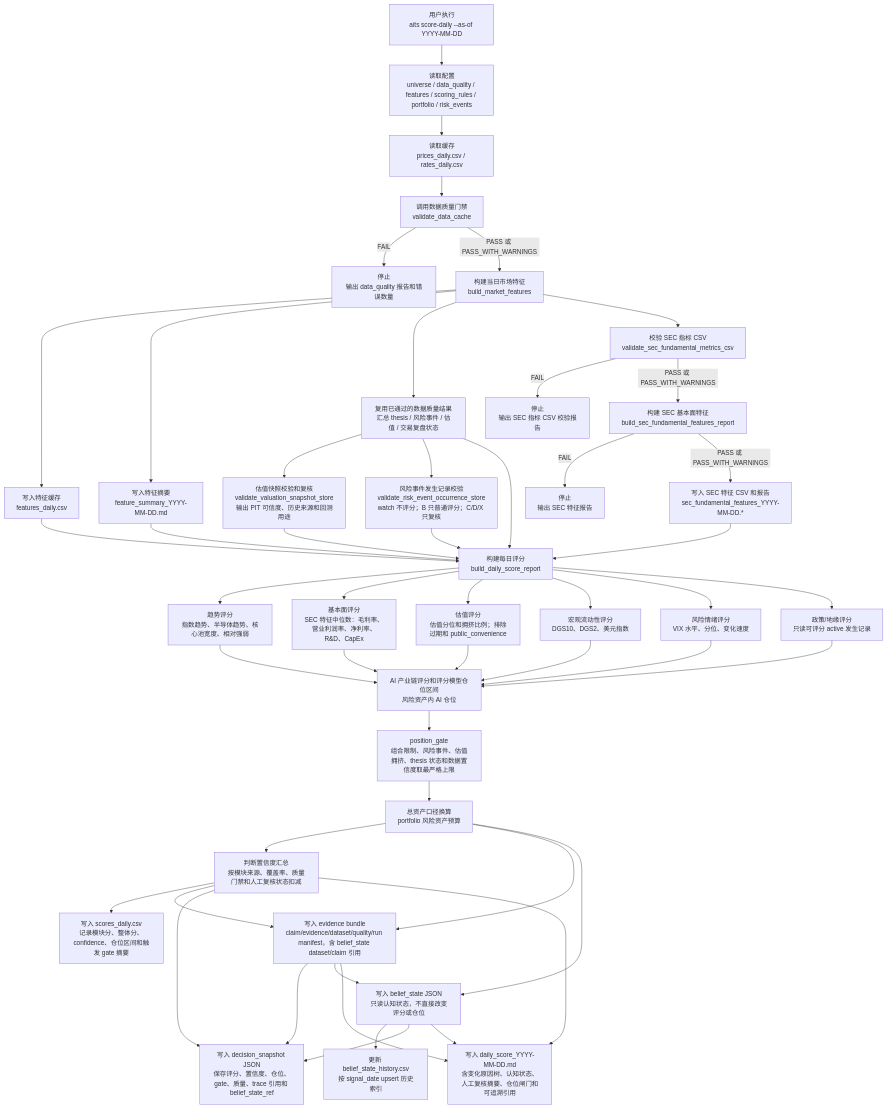
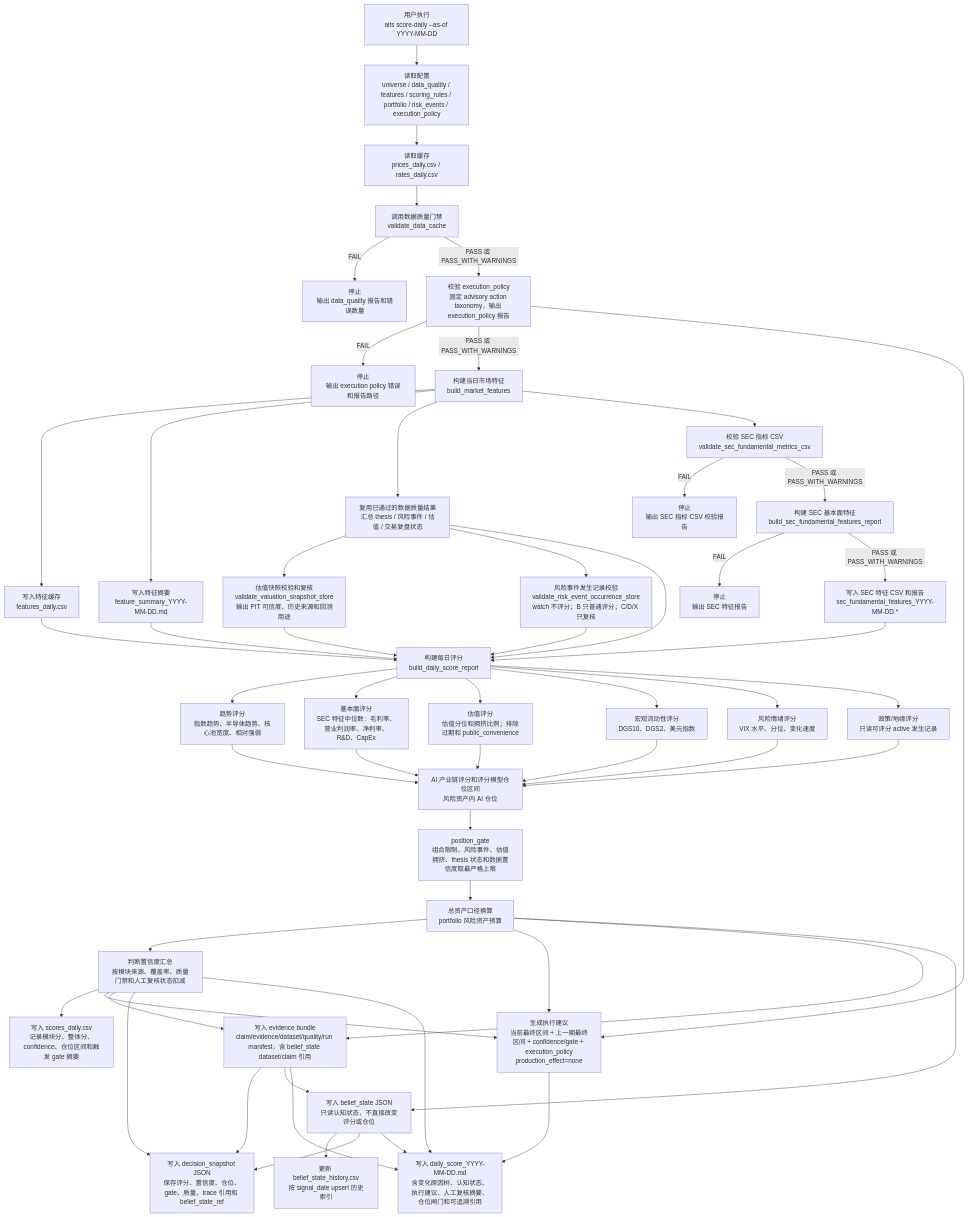
The second of 6 diagrams in docs/system_flow.md (AI-Trading-Collaboration/AITradingSystem), drawn with Mermaid before and after one commit. The commit also changed other lines of this file and 9 other files, not shown here.

Commit message:
Implement execution policy baseline

````diff
--- a/docs/system_flow.md
+++ b/docs/system_flow.md
@@ -485,51 +501,57 @@
 ```mermaid
 flowchart TD
-    A["用户执行<br/>aits score-daily --as-of YYYY-MM-DD"] --> B["读取配置<br/>universe / data_quality / features / scoring_rules / portfolio / risk_events"]
+    A["用户执行<br/>aits score-daily --as-of YYYY-MM-DD"] --> B["读取配置<br/>universe / data_quality / features / scoring_rules / portfolio / risk_events / execution_policy"]
     B --> C["读取缓存<br/>prices_daily.csv / rates_daily.csv"]
     C --> D["调用数据质量门禁<br/>validate_data_cache"]
     D -->|FAIL| E["停止<br/>输出 data_quality 报告和错误数量"]
-    D -->|PASS 或 PASS_WITH_WARNINGS| F["构建当日市场特征<br/>build_market_features"]
+    D -->|PASS 或 PASS_WITH_WARNINGS| EP0["校验 execution_policy<br/>固定 advisory action taxonomy，输出 execution_policy 报告"]
+    EP0 -->|FAIL| EPF["停止<br/>输出 execution policy 错误和报告路径"]
+    EP0 -->|PASS 或 PASS_WITH_WARNINGS| F["构建当日市场特征<br/>build_market_features"]
     F --> G["写入特征缓存<br/>features_daily.csv"]
     F --> H["写入特征摘要<br/>feature_summary_YYYY-MM-DD.md"]
     F --> R["复用已通过的数据质量结果<br/>汇总 thesis / 风险事件 / 估值 / 交易复盘状态"]
     R --> V1["估值快照校验和复核<br/>validate_valuation_snapshot_store<br/>输出 PIT 可信度、历史来源和回测用途"]
     R --> G1["风险事件发生记录校验<br/>validate_risk_event_occurrence_store<br/>watch 不评分；B 只普通评分；C/D/X 只复核"]
     F --> S1["校验 SEC 指标 CSV<br/>validate_sec_fundamental_metrics_csv"]
     S1 -->|FAIL| S2["停止<br/>输出 SEC 指标 CSV 校验报告"]
     S1 -->|PASS 或 PASS_WITH_WARNINGS| S3["构建 SEC 基本面特征<br/>build_sec_fundamental_features_report"]
     S3 -->|FAIL| S4["停止<br/>输出 SEC 特征报告"]
     S3 -->|PASS 或 PASS_WITH_WARNINGS| S5["写入 SEC 特征 CSV 和报告<br/>sec_fundamental_features_YYYY-MM-DD.*"]
     G --> I["构建每日评分<br/>build_daily_score_report"]
     H --> I
     R --> I
     V1 --> I
     G1 --> I
     S5 --> I
     I --> J["趋势评分<br/>指数趋势、半导体趋势、核心池宽度、相对强弱"]
     I --> F1["基本面评分<br/>SEC 特征中位数：毛利率、营业利润率、净利率、R&D、CapEx"]
     I --> V2["估值评分<br/>估值分位和拥挤比例；排除过期和 public_convenience"]
     I --> K["宏观流动性评分<br/>DGS10、DGS2、美元指数"]
     I --> L["风险情绪评分<br/>VIX 水平、分位、变化速度"]
     I --> M["政策/地缘评分<br/>只读可评分 active 发生记录"]
     J --> N["AI 产业链评分和评分模型仓位区间<br/>风险资产内 AI 仓位"]
     F1 --> N
     V2 --> N
     K --> N
     L --> N
     M --> N
     N --> G2["position_gate<br/>组合限制、风险事件、估值拥挤、thesis 状态和数据置信度取最严格上限"]
     G2 --> O["总资产口径换算<br/>portfolio 风险资产预算"]
     O --> C1["判断置信度汇总<br/>按模块来源、覆盖率、质量门禁和人工复核状态扣减"]
     C1 --> P["写入 scores_daily.csv<br/>记录模块分、整体分、confidence、仓位区间和触发 gate 摘要"]
+    O --> EP1["生成执行建议<br/>当前最终区间 + 上一期最终区间 + confidence/gate + execution_policy<br/>production_effect=none"]
+    C1 --> EP1
+    EP0 --> EP1
     O --> T["写入 evidence bundle<br/>claim/evidence/dataset/quality/run manifest，含 belief_state dataset/claim 引用"]
     C1 --> T
     T --> D0["写入 decision_snapshot JSON<br/>保存评分、置信度、仓位、gate、质量、trace 引用和 belief_state_ref"]
     C1 --> D0
     O --> BS["写入 belief_state JSON<br/>只读认知状态，不直接改变评分或仓位"]
     T --> BS
     BS --> BH["更新 belief_state_history.csv<br/>按 signal_date upsert 历史索引"]
     BS --> D0
-    T --> Q["写入 daily_score_YYYY-MM-DD.md<br/>含变化原因树、认知状态、人工复核摘要、仓位闸门和可追溯引用"]
+    T --> Q["写入 daily_score_YYYY-MM-DD.md<br/>含变化原因树、认知状态、执行建议、人工复核摘要、仓位闸门和可追溯引用"]
     C1 --> Q
     BS --> Q
+    EP1 --> Q
 ```
````
